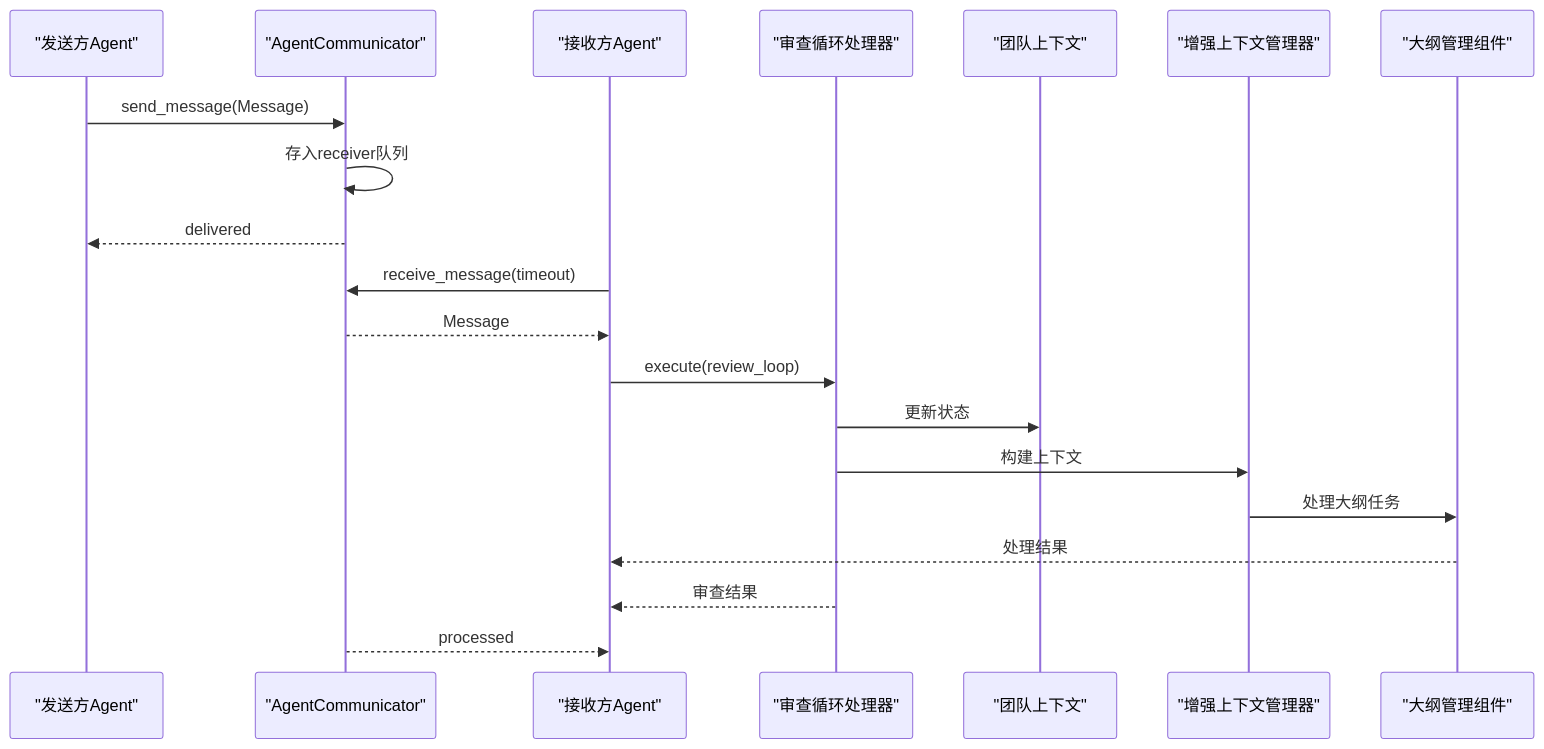
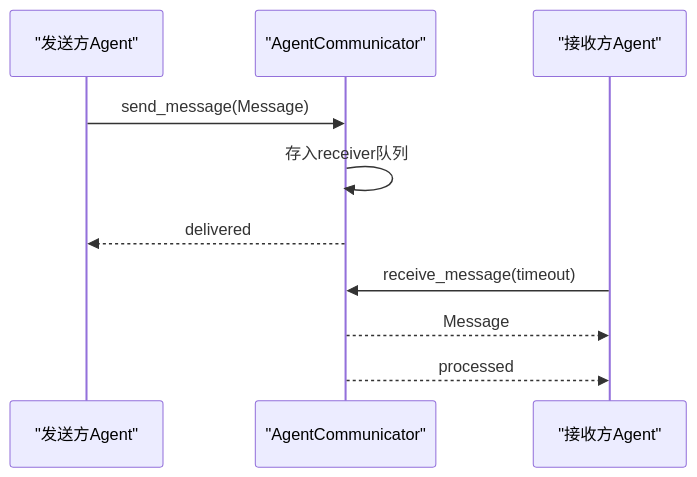
Before and after one commit to xfbyxq/ai-novel-system: the fifth of 9 diagrams in .qoder/repowiki/zh/content/AI智能体系统/AI智能体系统.md, drawn with Mermaid. The commit also changed other lines of this file and 38 other files, not shown here.

````diff
--- a/.qoder/repowiki/zh/content/AI智能体系统/AI智能体系统.md
+++ b/.qoder/repowiki/zh/content/AI智能体系统/AI智能体系统.md
@@ -1025,22 +275,12 @@
 ```mermaid
 sequenceDiagram
 participant Sender as "发送方Agent"
 participant Comm as "AgentCommunicator"
 participant Receiver as "接收方Agent"
-participant Review as "审查循环处理器"
-participant Context as "团队上下文"
-participant ECM as "增强上下文管理器"
-participant Outline as "大纲管理组件"
 Sender->>Comm : send_message(Message)
 Comm->>Comm : 存入receiver队列
 Comm-->>Sender : delivered
 Receiver->>Comm : receive_message(timeout)
 Comm-->>Receiver : Message
-Receiver->>Review : execute(review_loop)
-Review->>Context : 更新状态
-Review->>ECM : 构建上下文
-ECM->>Outline : 处理大纲任务
-Outline-->>Receiver : 处理结果
-Review-->>Receiver : 审查结果
 Comm-->>Receiver : processed
 ```
````
